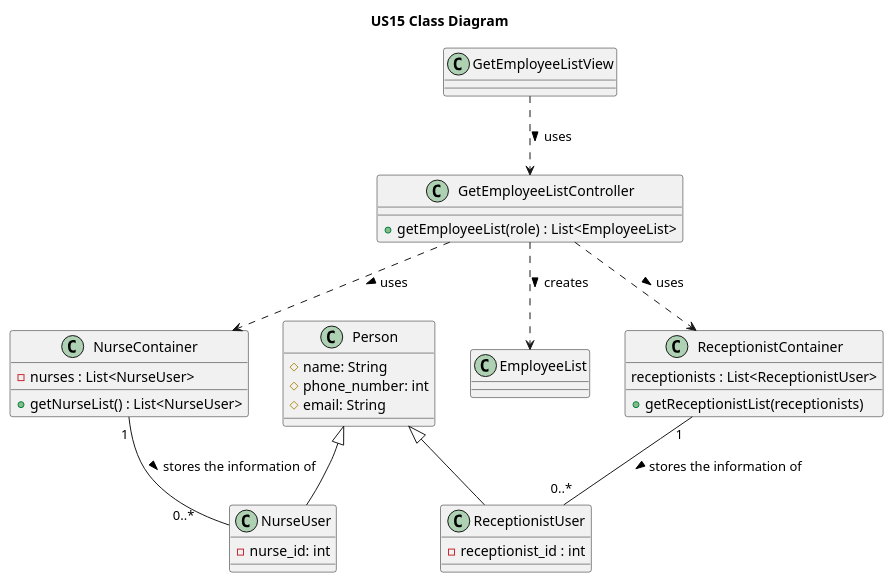
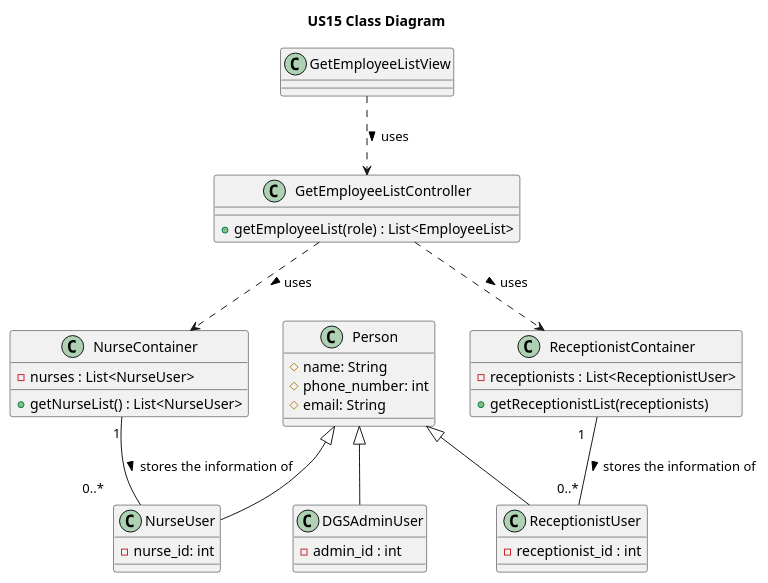
The diagram in docs/system-documentation/US15/puml/US15-CD.puml (pedroguilherme-web/leti-esoft-25-26-A1), drawn with PlantUML before and after one commit. The commit also changed 9 other files, not shown here.

Commit message:
- Criação dos Headers: NurseContainer.h e ReceptionistContainer.h - Alterações no CD, DM e SD da US15 juntamente com os seus SVG - Alteração no CMakeList para adicionar os novos headers

```diff
--- a/docs/system-documentation/US15/puml/US15-CD.puml
+++ b/docs/system-documentation/US15/puml/US15-CD.puml
@@ -1,46 +1,47 @@
 @startuml
 'https://plantuml.com/class-diagram
 
 title US15 Class Diagram
 
 class GetEmployeeListView {
 }
 
 class GetEmployeeListController {
   + getEmployeeList(role) : List<EmployeeList>
 }
 
 class NurseContainer {
  - nurses : List<NurseUser>
  + getNurseList() : List<NurseUser>
 }
 
 class ReceptionistContainer {
- receptionists : List<ReceptionistUser>
+ - receptionists : List<ReceptionistUser>
  + getReceptionistList(receptionists)
 }
 
 class Person {
   # name: String
   # phone_number: int
   # email: String
 }
 
-class ReceptionistUser {
+class ReceptionistUser extends Person {
   - receptionist_id : int
 }
 
-class NurseUser {
+class NurseUser extends Person{
   - nurse_id: int
+}
+
+class DGSAdminUser extends Person {
+    - admin_id : int
 }
 
 GetEmployeeListView ..> GetEmployeeListController : "uses >"
 GetEmployeeListController ..> NurseContainer : "uses >"
 GetEmployeeListController ..> ReceptionistContainer : "uses >"
-GetEmployeeListController ..> EmployeeList : "creates >"
 NurseContainer "    1" -- "0..*        " NurseUser : "stores the information of >"
-ReceptionistContainer "1" -- "0..*" ReceptionistUser : "stores the information of >"
-Person <|-- ReceptionistUser
-Person <|-- NurseUser
+ReceptionistContainer "1   " -- "0..*" ReceptionistUser : "stores the information of >"
 
 @enduml
```
